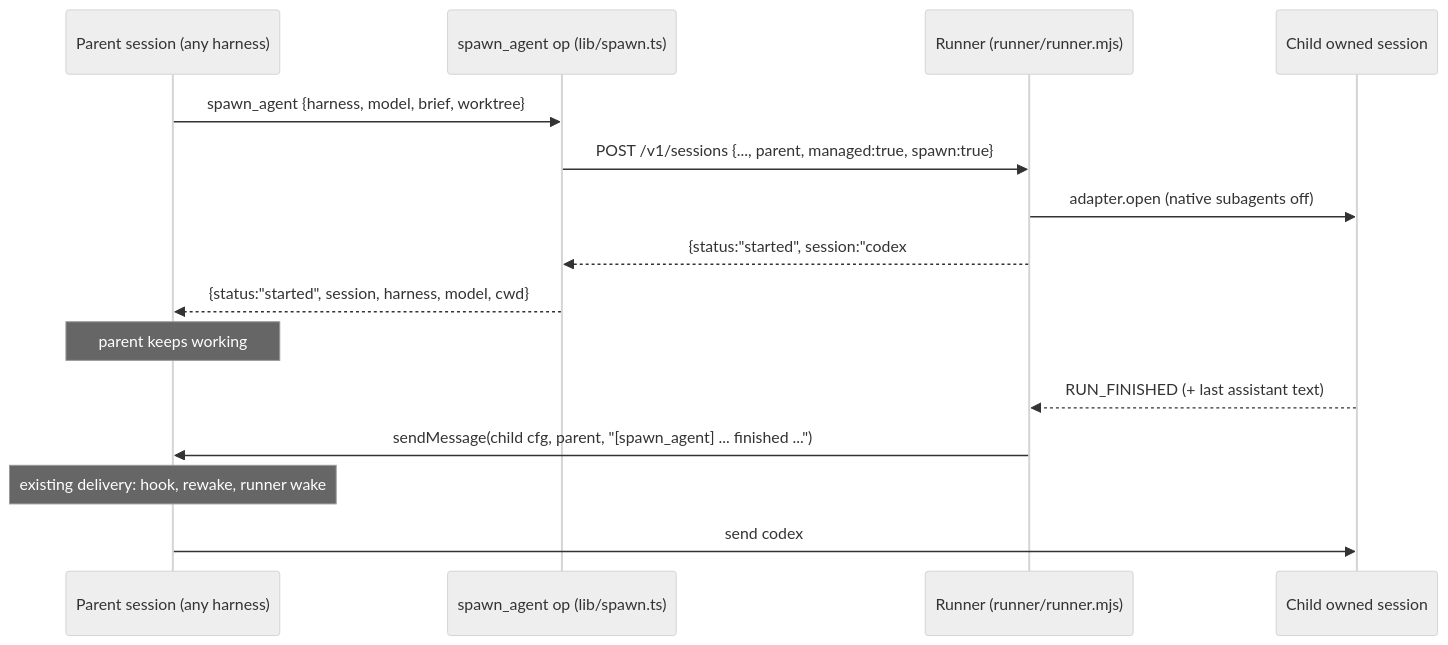
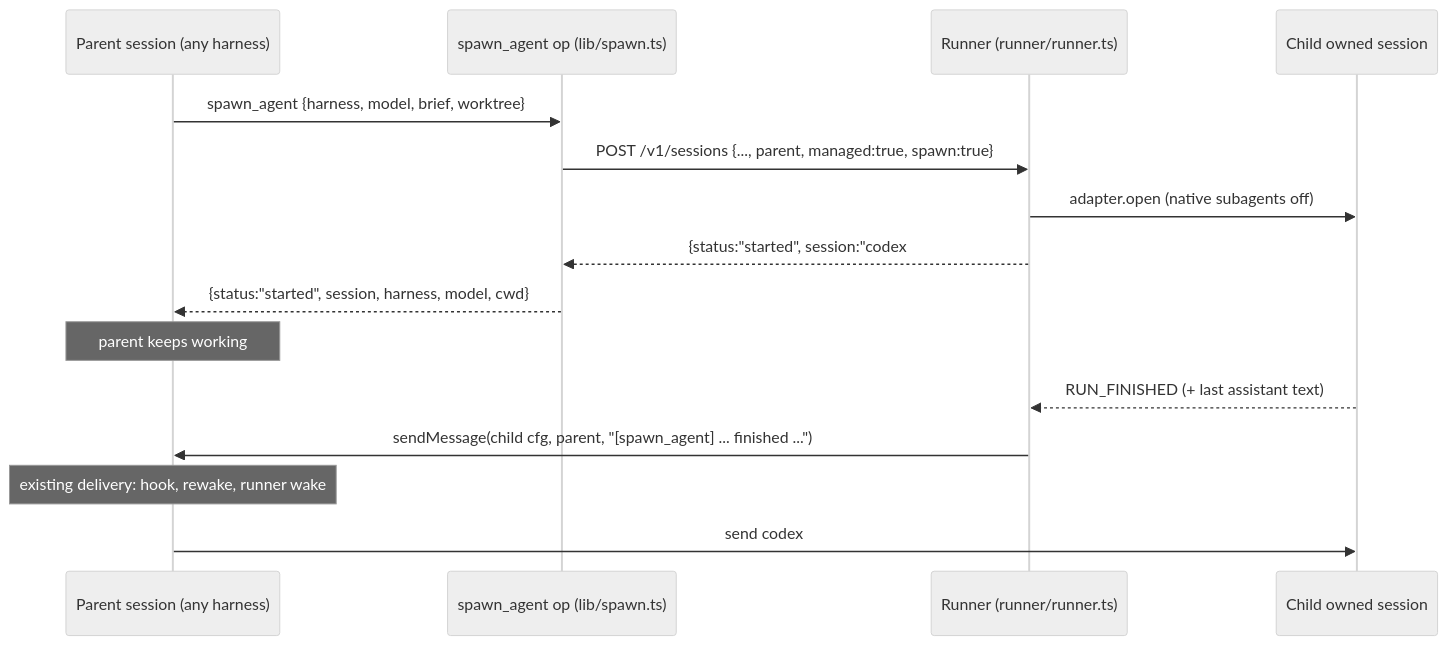
One commit to bcmyguest/ai-collab changed the diagram in docs/spawn-agent-spec.md. Above: the diagram before and after it, drawn with Mermaid (neutral theme). The commit also changed other lines of this file and 21 other files, not shown here.

````diff
--- a/docs/spawn-agent-spec.md
+++ b/docs/spawn-agent-spec.md
@@ -23,17 +23,17 @@
 ```mermaid
 sequenceDiagram
   participant P as Parent session (any harness)
   participant T as spawn_agent op (lib/spawn.ts)
-  participant R as Runner (runner/runner.mjs)
+  participant R as Runner (runner/runner.ts)
   participant C as Child owned session
   P->>T: spawn_agent {harness, model, brief, worktree}
   T->>R: POST /v1/sessions {..., parent, managed:true, spawn:true}
   R->>C: adapter.open (native subagents off)
   R-->>T: {status:"started", session:"codex#<label>"}
   T-->>P: {status:"started", session, harness, model, cwd}
   Note over P: parent keeps working
   C-->>R: RUN_FINISHED (+ last assistant text)
   R->>P: sendMessage(child cfg, parent, "[spawn_agent] ... finished ...")
   Note over P: existing delivery: hook, rewake, runner wake
   P->>C: send codex#<label> "follow-up" (optional)
 ```
````
